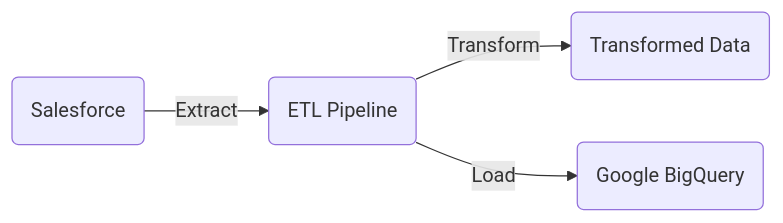
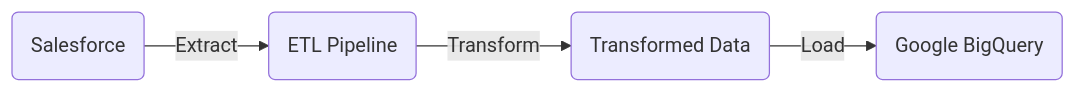
Before and after one commit to jtedeschill/hired_dw: the diagram in README.md, drawn with Mermaid.

Commit message:
[Changed] Readme

````diff
--- a/README.md
+++ b/README.md
@@ -18,6 +18,6 @@
 ```mermaid
 graph LR
     A(Salesforce) -->|Extract| B(ETL Pipeline)
     B -->|Transform| C(Transformed Data)
-    B -->|Load| D(Google BigQuery)
+    C -->|Load| D(Google BigQuery)
 ```
````
